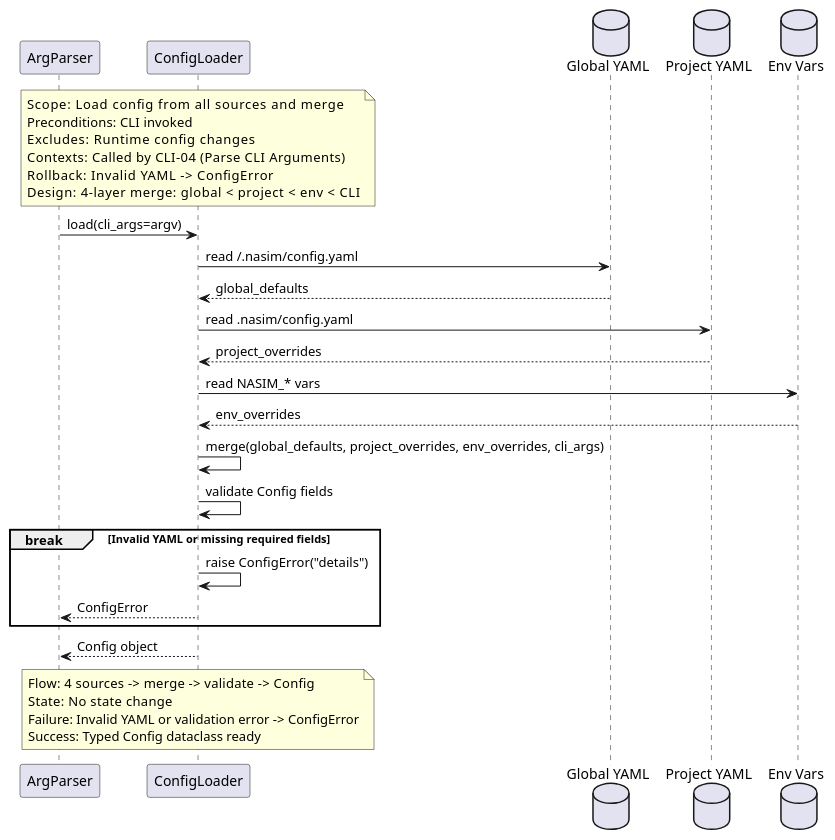
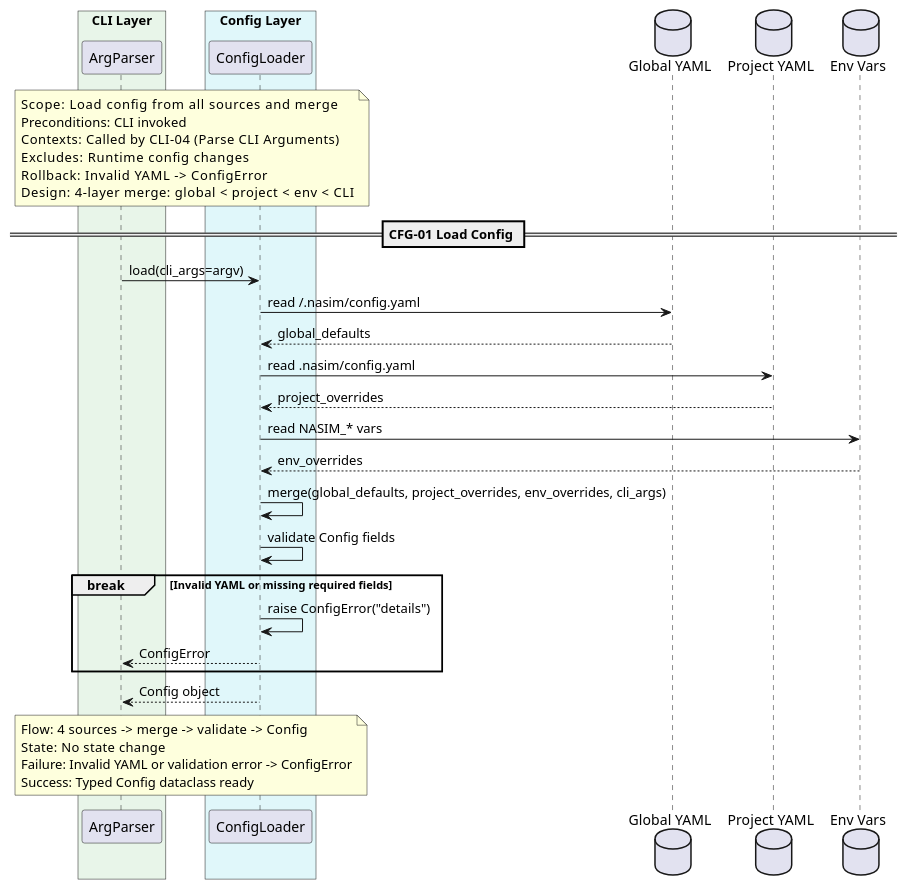
One commit to salimnamvar/nasim changed the diagram in docs/sq/CFG/sq_cfg01_load_config.puml. Above: the diagram before and after it, drawn with PlantUML. The commit also changed 37 other files, not shown here.

First line of the commit message:
docs: Refactor and enhance SQ, CTX, LLM, PRV, SAF, SSN, and TL diagrams for clarity and consistency

```diff
--- a/docs/sq/CFG/sq_cfg01_load_config.puml
+++ b/docs/sq/CFG/sq_cfg01_load_config.puml
@@ -1,56 +1,57 @@
 @startuml sq_cfg01_load_config
 ' ============================================================
 ' Title:     CFG-01 — Load Config
 ' Boundary:  nasim code agent CLI
 ' Purpose:   Layered config loading from all sources
 ' Milestone: v1.0
 ' Version:   2.0.0
 ' Source:    docs/audit/audit_2026-06-20_capability-and-architecture.md
 ' Review:    —
 ' ============================================================
 
-participant "ArgParser" as parser
-participant "ConfigLoader" as cfg
+box "CLI Layer" #E8F5E9
+  participant "ArgParser" as parser
+end box
+box "Config Layer" #E0F7FA
+  participant "ConfigLoader" as cfg
+end box
 database "Global YAML" as global_yaml
 database "Project YAML" as project_yaml
 database "Env Vars" as env_vars
 
-box "CLI Layer" #E8F5E9
-end box
-box "Config Layer" #E0F7FA
-end box
-
-note over cfg
+note over parser, cfg
   Scope:          Load config from all sources and merge
   Preconditions:  CLI invoked
+  Contexts:       Called by CLI-04 (Parse CLI Arguments)
   Excludes:       Runtime config changes
-  Contexts:       Called by CLI-04 (Parse CLI Arguments)
   Rollback:       Invalid YAML -> ConfigError
   Design:         4-layer merge: global < project < env < CLI
 end note
+
+== CFG-01 Load Config ==
 
 parser -> cfg : load(cli_args=argv)
 cfg -> global_yaml : read ~/.nasim/config.yaml
 global_yaml --> cfg : global_defaults
 cfg -> project_yaml : read .nasim/config.yaml
 project_yaml --> cfg : project_overrides
 cfg -> env_vars : read NASIM_* vars
 env_vars --> cfg : env_overrides
 cfg -> cfg : merge(global_defaults, project_overrides, env_overrides, cli_args)
 cfg -> cfg : validate Config fields
 
 break Invalid YAML or missing required fields
     cfg -> cfg : raise ConfigError("details")
     cfg --> parser : ConfigError
 end
 
 cfg --> parser : Config object
 
-note over cfg
+note over parser, cfg
   Flow:    4 sources -> merge -> validate -> Config
   State:   No state change
   Failure: Invalid YAML or validation error -> ConfigError
   Success: Typed Config dataclass ready
 end note
 
 @enduml
```
